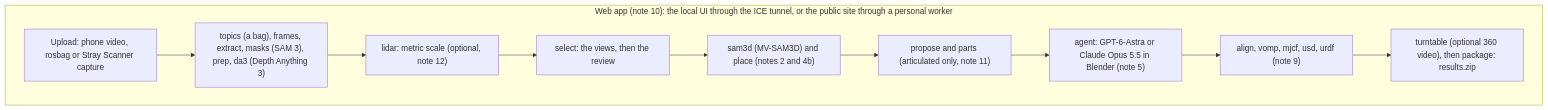
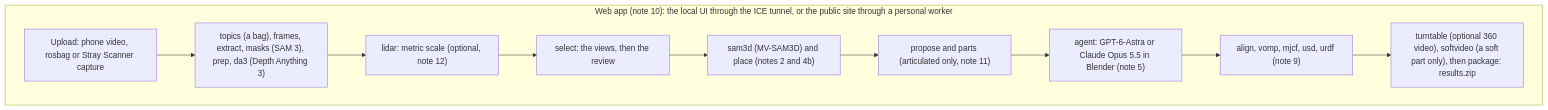
The diagram in docs/build_plan.md (lunarlab-gatech/HARPOR), drawn with Mermaid before and after one commit. The commit also changed other lines of this file and 64 other files, not shown here.

````diff
--- a/docs/build_plan.md
+++ b/docs/build_plan.md
@@ -61,15 +66,15 @@
 ```mermaid
 flowchart TB
   subgraph WEB["Web app (note 10): the local UI through the ICE tunnel, or the public site through a personal worker"]
     input["Upload: phone video, rosbag or Stray Scanner capture"]
     analyze["topics (a bag), frames, extract, masks (SAM 3), prep, da3 (Depth Anything 3)"]
     lidar["lidar: metric scale (optional, note 12)"]
     select["select: the views, then the review"]
     stageA["sam3d (MV-SAM3D) and place (notes 2 and 4b)"]
     parts["propose and parts (articulated only, note 11)"]
     agent["agent: GPT-6-Astra or Claude Opus 5.5 in Blender (note 5)"]
     physics["align, vomp, mjcf, usd, urdf (note 9)"]
-    package["turntable (optional 360 video), then package: results.zip"]
+    package["turntable (optional 360 video), softvideo (a soft part only), then package: results.zip"]
   end
   input --> analyze --> lidar --> select --> stageA --> parts --> agent --> physics --> package
 ```
````
